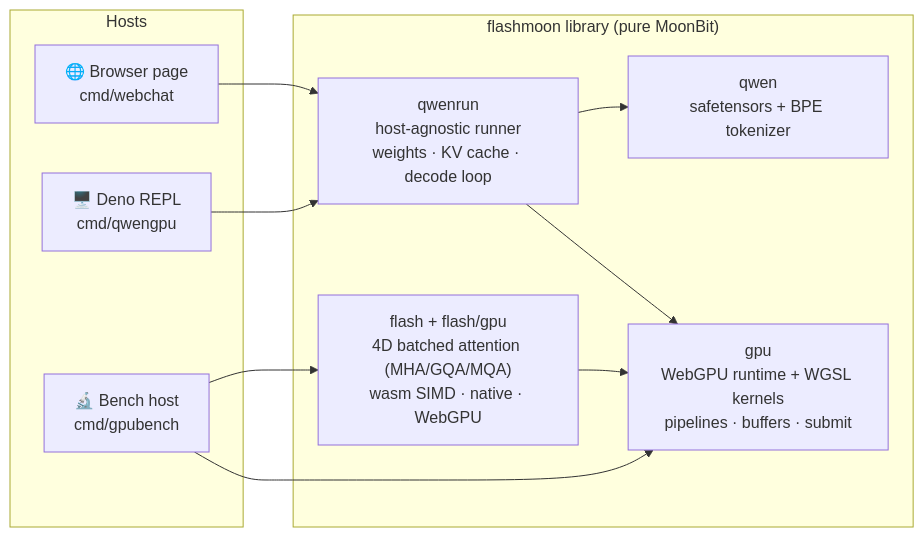
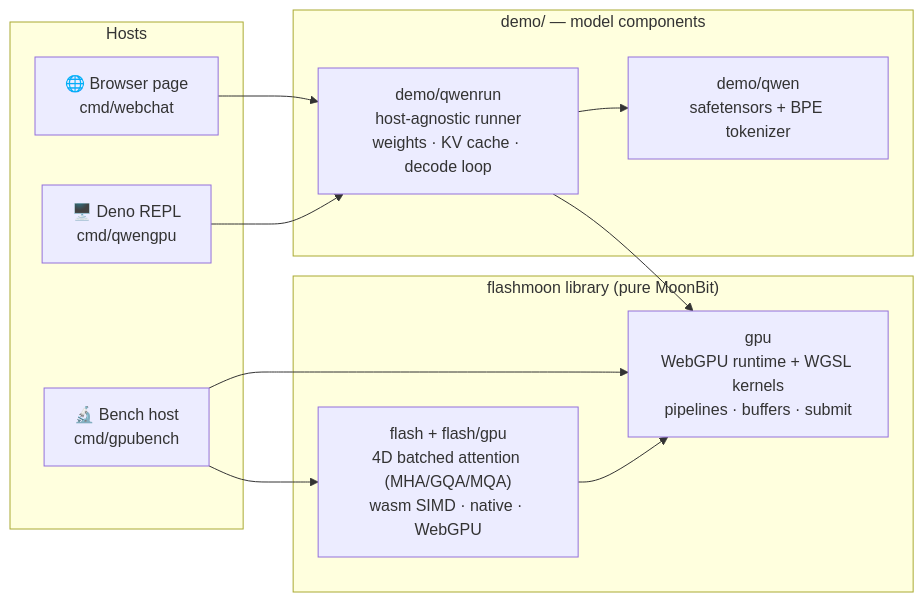
Before and after one commit to starAndHonor/flashmoon: the diagram in README.md, drawn with Mermaid. The commit also changed other lines of this file and 16 other files, not shown here.

First line of the commit message:
refactor: move model components (qwen, qwenrun) into demo/

````diff
--- a/README.md
+++ b/README.md
@@ -102,18 +102,20 @@
 ```mermaid
 flowchart LR
     subgraph host["Hosts"]
         B["🌐 Browser page<br/>cmd/webchat"]
         D["🖥️ Deno REPL<br/>cmd/qwengpu"]
         K["🔬 Bench host<br/>cmd/gpubench"]
     end
     subgraph lib["flashmoon library (pure MoonBit)"]
         G["gpu<br/>WebGPU runtime + WGSL kernels<br/>pipelines · buffers · submit"]
         F["flash + flash/gpu<br/>4D batched attention (MHA/GQA/MQA)<br/>wasm SIMD · native · WebGPU"]
-        Q["qwen<br/>safetensors + BPE tokenizer"]
-        R["qwenrun<br/>host-agnostic runner<br/>weights · KV cache · decode loop"]
+    end
+    subgraph demo["demo/ — model components"]
+        Q["demo/qwen<br/>safetensors + BPE tokenizer"]
+        R["demo/qwenrun<br/>host-agnostic runner<br/>weights · KV cache · decode loop"]
     end
     B & D --> R
     K --> G & F
     R --> G & Q
     F --> G
 ```
````
